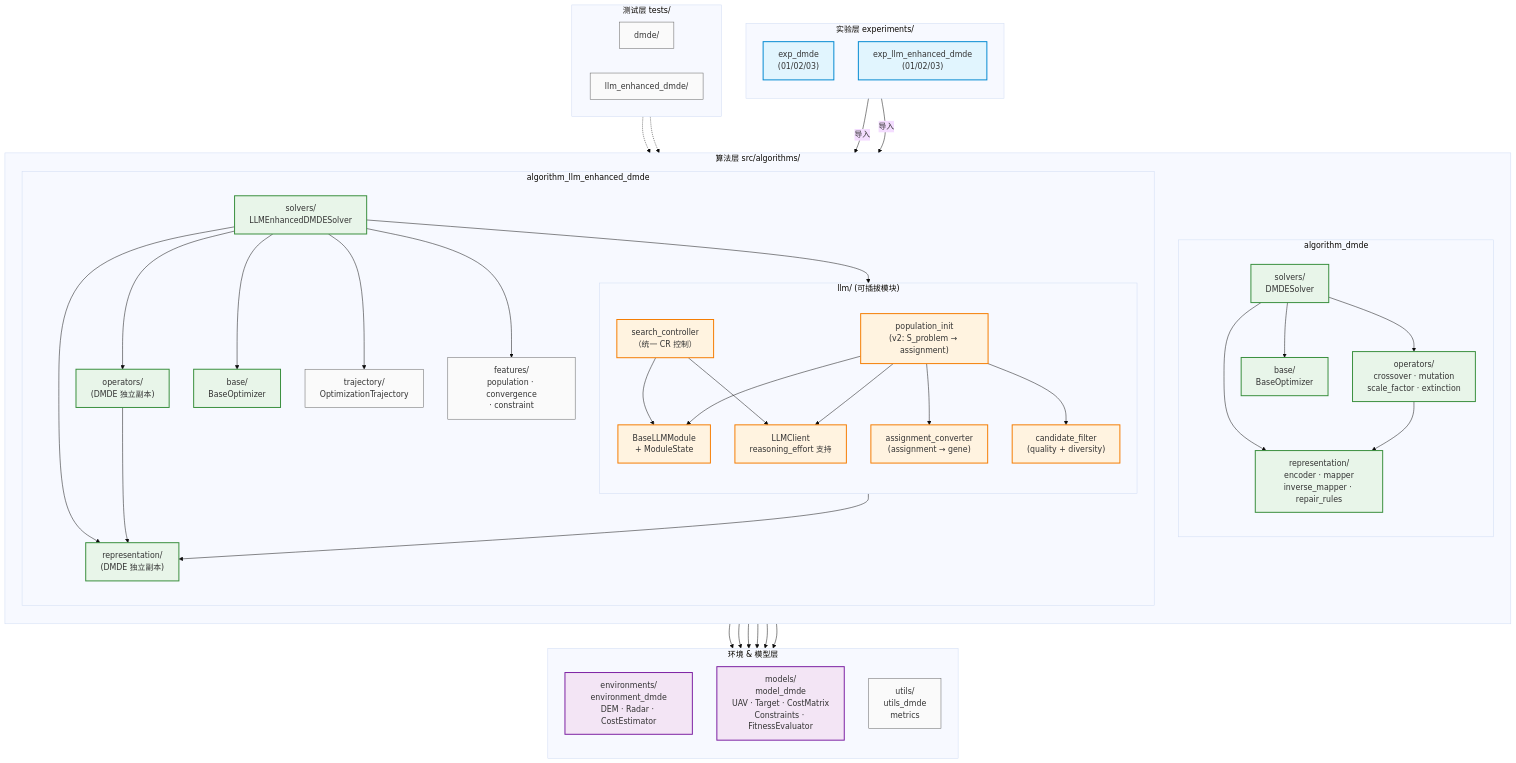
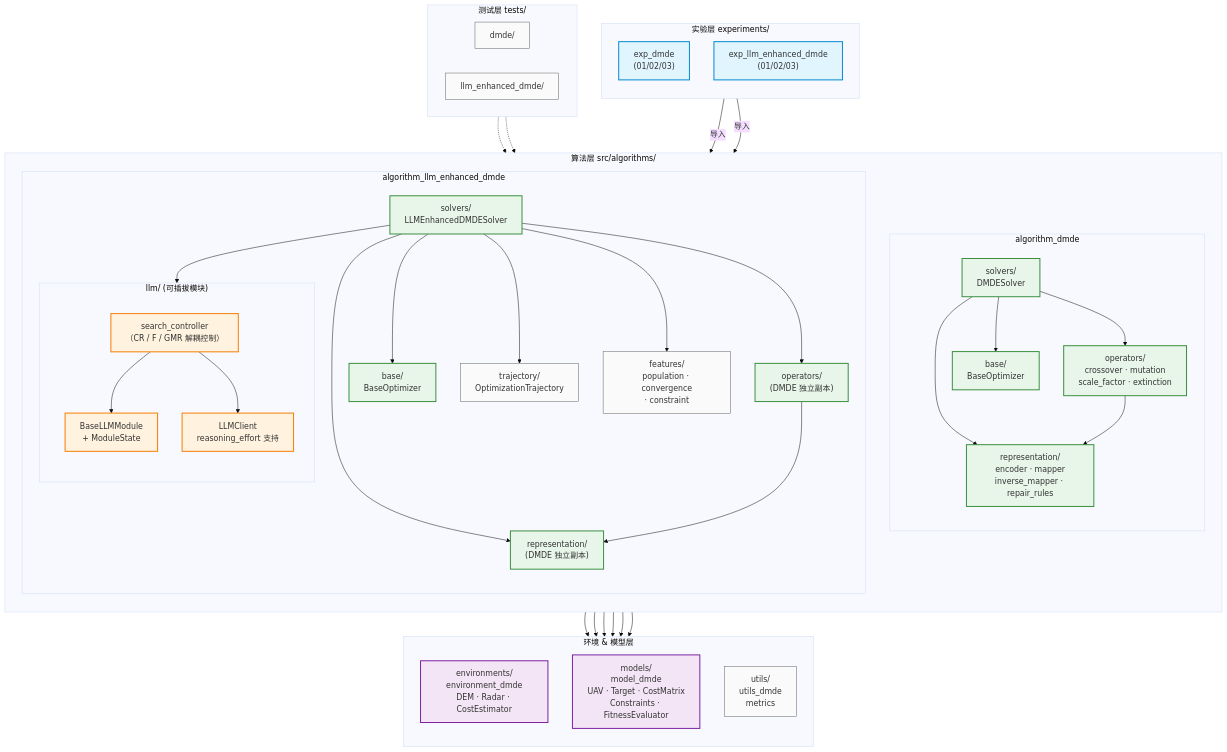
Before and after one commit to 909347194/Experiments-For-Dissertation: the second of 2 diagrams in README.md, drawn with Mermaid (base theme). The commit also changed other lines of this file and 66 other files, not shown here.

First line of the commit message:
refactor: remove LLM-enhanced population initialization and rewrite to decoupled narrative

```diff
--- a/README.md
+++ b/README.md
@@ -135,10 +137,7 @@
                 direction TB
                 LLM_base["BaseLLMModule<br/>+ ModuleState"]:::llm
                 LLM_client["LLMClient<br/>reasoning_effort 支持"]:::llm
-                LLM_pop["population_init<br/>(v2: S_problem → assignment)"]:::llm
-                LLM_conv["assignment_converter<br/>(assignment → gene)"]:::llm
-                LLM_filt["candidate_filter<br/>(quality + diversity)"]:::llm
-                LLM_sc["search_controller<br/>（统一 CR 控制）"]:::llm
+                LLM_sc["search_controller<br/>（CR / F / GMR 解耦控制）"]:::llm
             end
 
             LLM_traj["trajectory/<br/>OptimizationTrajectory"]:::infra
@@ -182,13 +181,8 @@
     LLM_ops --> LLM_repr
 
     %% LLM 模块 → LLM 客户端
-    LLM_pop --> LLM_client
     LLM_sc --> LLM_client
-    LLM_pop --> LLM_base
     LLM_sc --> LLM_base
-    LLM_pop --> LLM_conv
-    LLM_pop --> LLM_filt
-    LLM_conv --> LLM_repr
 
     %% 两个算法模块 → 共享环境/模型层
     D_solver --> ENV
```
